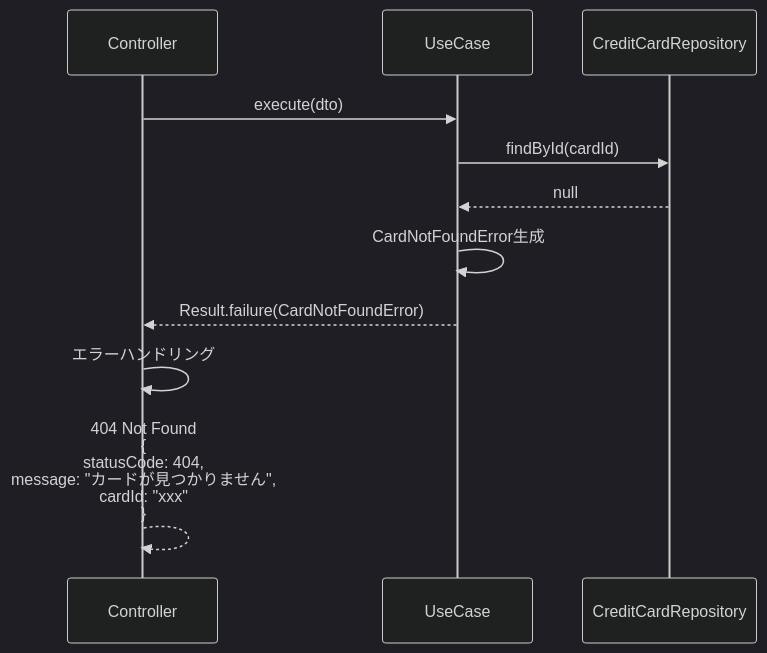
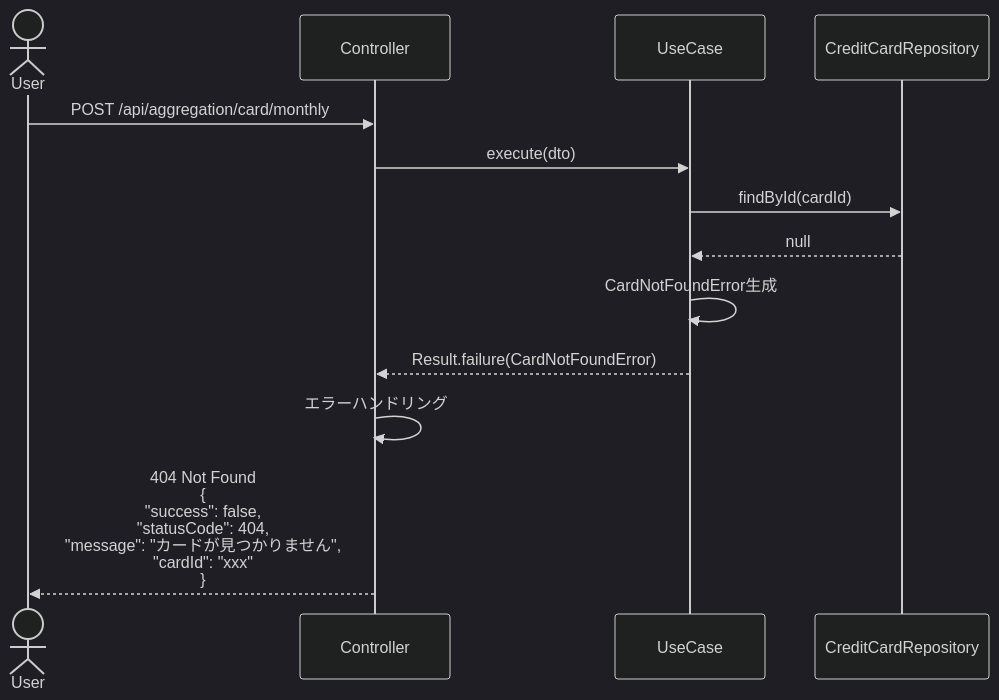
Before and after one commit to kencom2400/account-book: the fifth of 11 diagrams in docs/detailed-design/FR-012_credit-card-monthly-aggregation/sequence-diagrams.md, drawn with Mermaid (dark theme). The commit also changed other lines of this file and 2 other files, not shown here.

````diff
--- a/docs/detailed-design/FR-012_credit-card-monthly-aggregation/sequence-diagrams.md
+++ b/docs/detailed-design/FR-012_credit-card-monthly-aggregation/sequence-diagrams.md
@@ -244,16 +246,18 @@
 ```mermaid
 sequenceDiagram
+    actor User
     participant API as Controller
     participant UC as UseCase
     participant CardRepo as CreditCardRepository
 
+    User->>API: POST /api/aggregation/card/monthly
     API->>UC: execute(dto)
     UC->>CardRepo: findById(cardId)
     CardRepo-->>UC: null
 
     UC->>UC: CardNotFoundError生成
     UC-->>API: Result.failure(CardNotFoundError)
 
     API->>API: エラーハンドリング
-    API-->>API: 404 Not Found<br/>{<br/>  statusCode: 404,<br/>  message: "カードが見つかりません",<br/>  cardId: "xxx"<br/>}
+    API-->>User: 404 Not Found<br/>{<br/>  "success": false,<br/>  "statusCode": 404,<br/>  "message": "カードが見つかりません",<br/>  "cardId": "xxx"<br/>}
 ```
````
